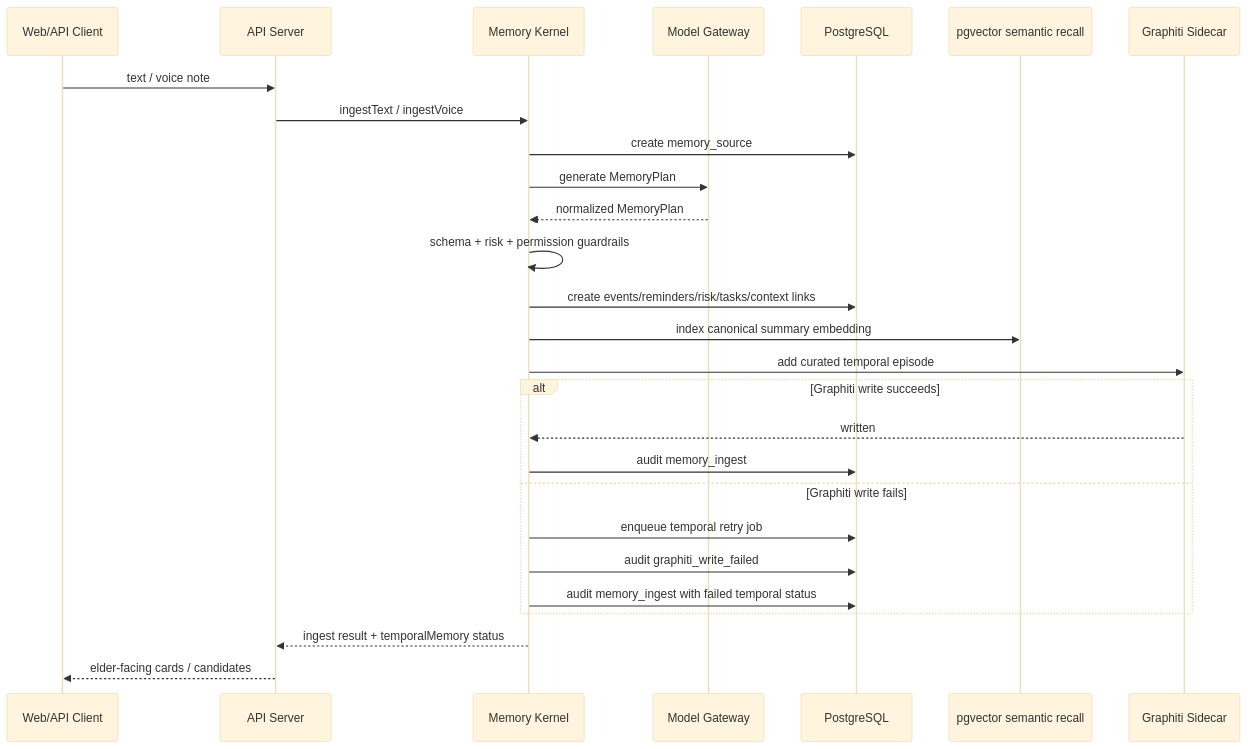
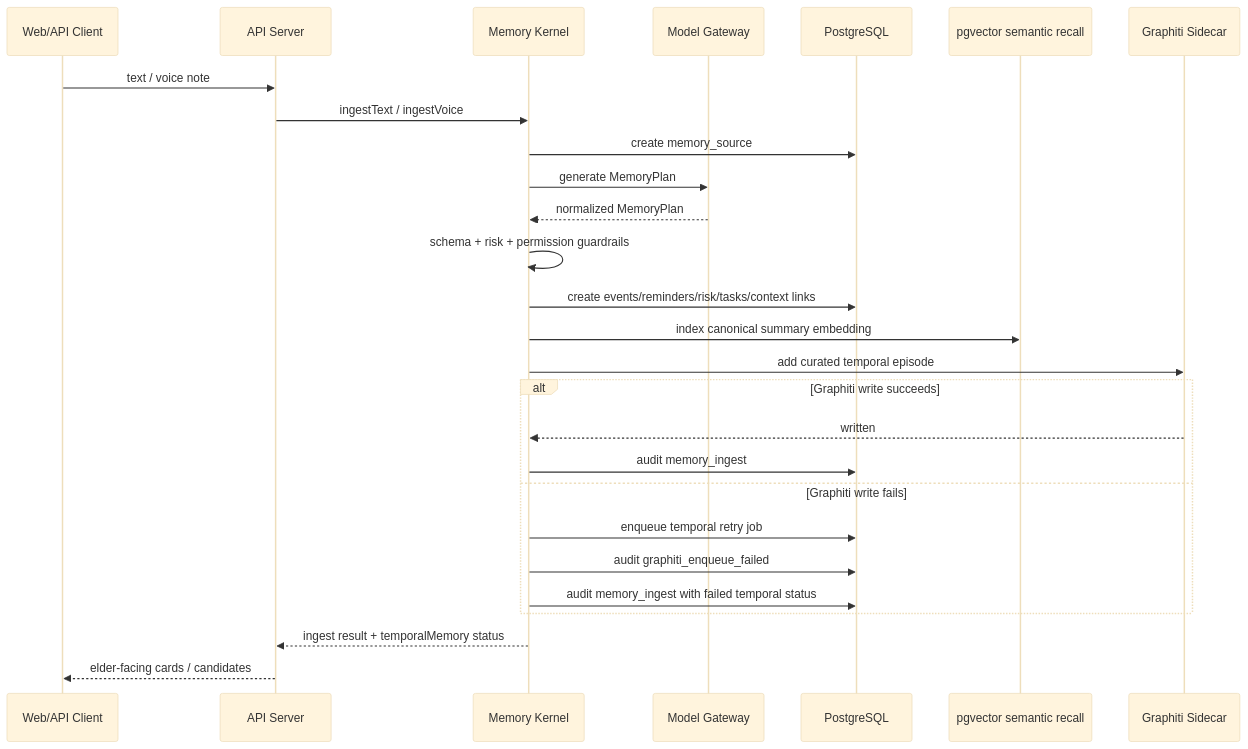
The third of 5 diagrams in docs/current-capabilities-and-architecture.md (archpeng/goldmem), drawn with Mermaid (base theme) before and after one commit. The commit also changed 36 other files, not shown here.

Commit message:
feat: add model-guided graphiti relation enqueue

````diff
--- a/docs/current-capabilities-and-architecture.md
+++ b/docs/current-capabilities-and-architecture.md
@@ -80,30 +80,30 @@
 ```mermaid
 sequenceDiagram
   participant Client as Web/API Client
   participant API as API Server
   participant Kernel as Memory Kernel
   participant Model as Model Gateway
   participant PG as PostgreSQL
   participant Semantic as pgvector semantic recall
   participant Graphiti as Graphiti Sidecar
 
   Client->>API: text / voice note
   API->>Kernel: ingestText / ingestVoice
   Kernel->>PG: create memory_source
   Kernel->>Model: generate MemoryPlan
   Model-->>Kernel: normalized MemoryPlan
   Kernel->>Kernel: schema + risk + permission guardrails
   Kernel->>PG: create events/reminders/risk/tasks/context links
   Kernel->>Semantic: index canonical summary embedding
   Kernel->>Graphiti: add curated temporal episode
   alt Graphiti write succeeds
     Graphiti-->>Kernel: written
     Kernel->>PG: audit memory_ingest
   else Graphiti write fails
     Kernel->>PG: enqueue temporal retry job
-    Kernel->>PG: audit graphiti_write_failed
+    Kernel->>PG: audit graphiti_enqueue_failed
     Kernel->>PG: audit memory_ingest with failed temporal status
   end
   Kernel-->>API: ingest result + temporalMemory status
   API-->>Client: elder-facing cards / candidates
 ```
````
